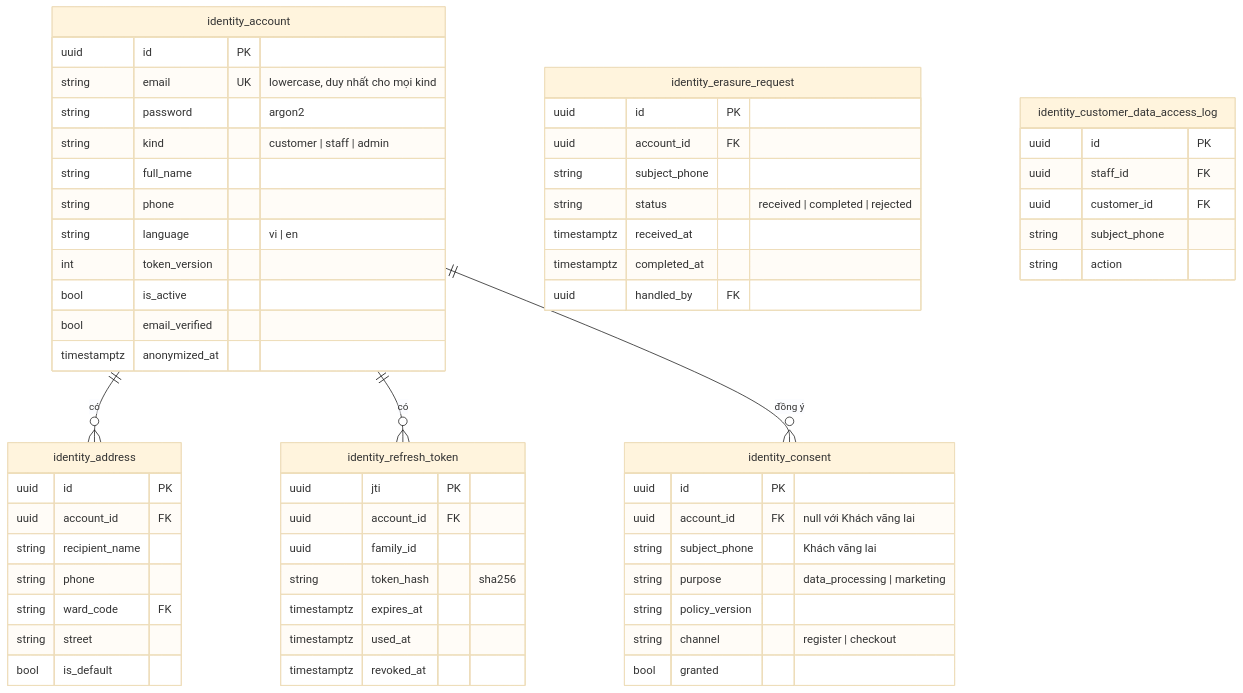
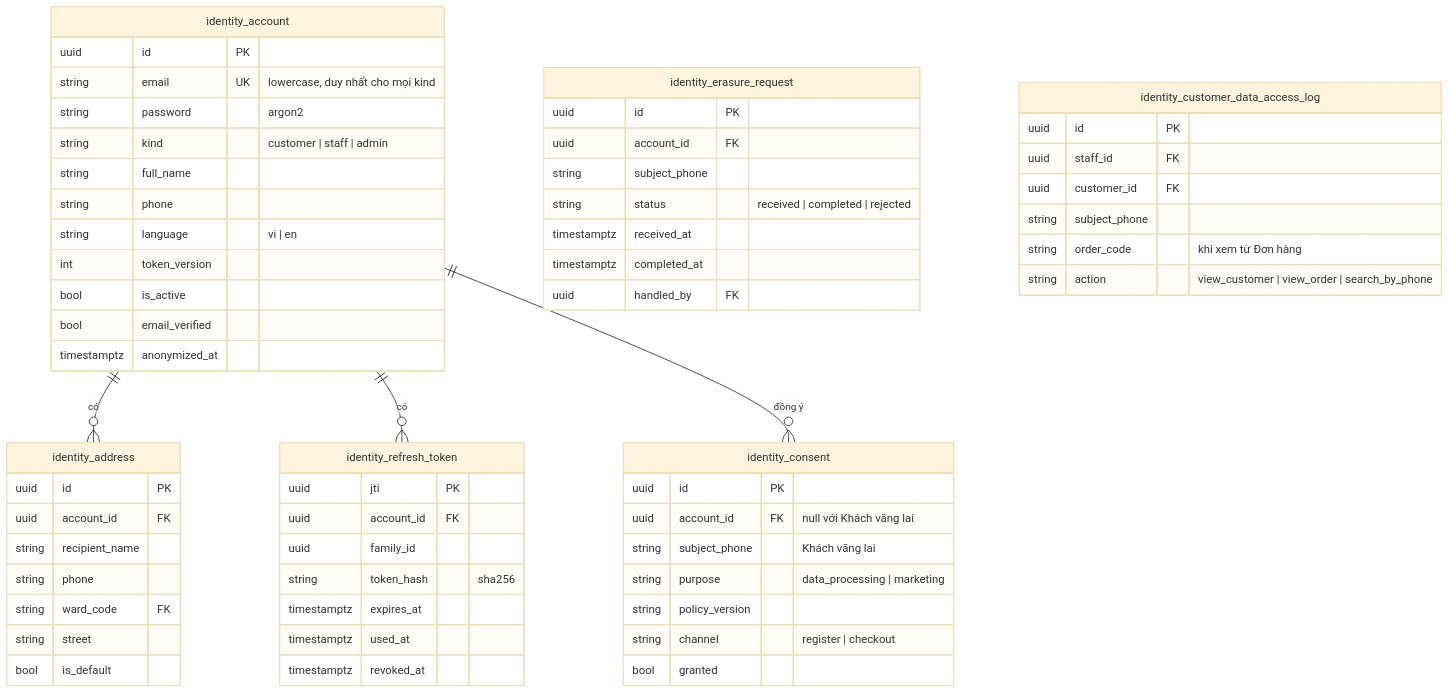
One commit to LuongCongThanh/boilerplate-ecommerce-next-16 changed the second of 9 diagrams in docs/architecture/03-data-model.md. Above: the diagram before and after it, drawn with Mermaid (base theme). The commit also changed other lines of this file and 15 other files, not shown here.

````diff
--- a/docs/architecture/03-data-model.md
+++ b/docs/architecture/03-data-model.md
@@ -58,62 +58,63 @@
 ```mermaid
 erDiagram
     identity_account ||--o{ identity_address : "có"
     identity_account ||--o{ identity_refresh_token : "có"
     identity_account ||--o{ identity_consent : "đồng ý"
     identity_account {
         uuid id PK
         string email UK "lowercase, duy nhất cho mọi kind"
         string password "argon2"
         string kind "customer | staff | admin"
         string full_name
         string phone
         string language "vi | en"
         int token_version
         bool is_active
         bool email_verified
         timestamptz anonymized_at
     }
     identity_address {
         uuid id PK
         uuid account_id FK
         string recipient_name
         string phone
         string ward_code FK
         string street
         bool is_default
     }
     identity_refresh_token {
         uuid jti PK
         uuid account_id FK
         uuid family_id
         string token_hash "sha256"
         timestamptz expires_at
         timestamptz used_at
         timestamptz revoked_at
     }
     identity_consent {
         uuid id PK
         uuid account_id FK "null với Khách vãng lai"
         string subject_phone "Khách vãng lai"
         string purpose "data_processing | marketing"
         string policy_version
         string channel "register | checkout"
         bool granted
     }
     identity_erasure_request {
         uuid id PK
         uuid account_id FK
         string subject_phone
         string status "received | completed | rejected"
         timestamptz received_at
         timestamptz completed_at
         uuid handled_by FK
     }
     identity_customer_data_access_log {
         uuid id PK
         uuid staff_id FK
         uuid customer_id FK
         string subject_phone
-        string action
+        string order_code "khi xem từ Đơn hàng"
+        string action "view_customer | view_order | search_by_phone"
     }
 ```
````
